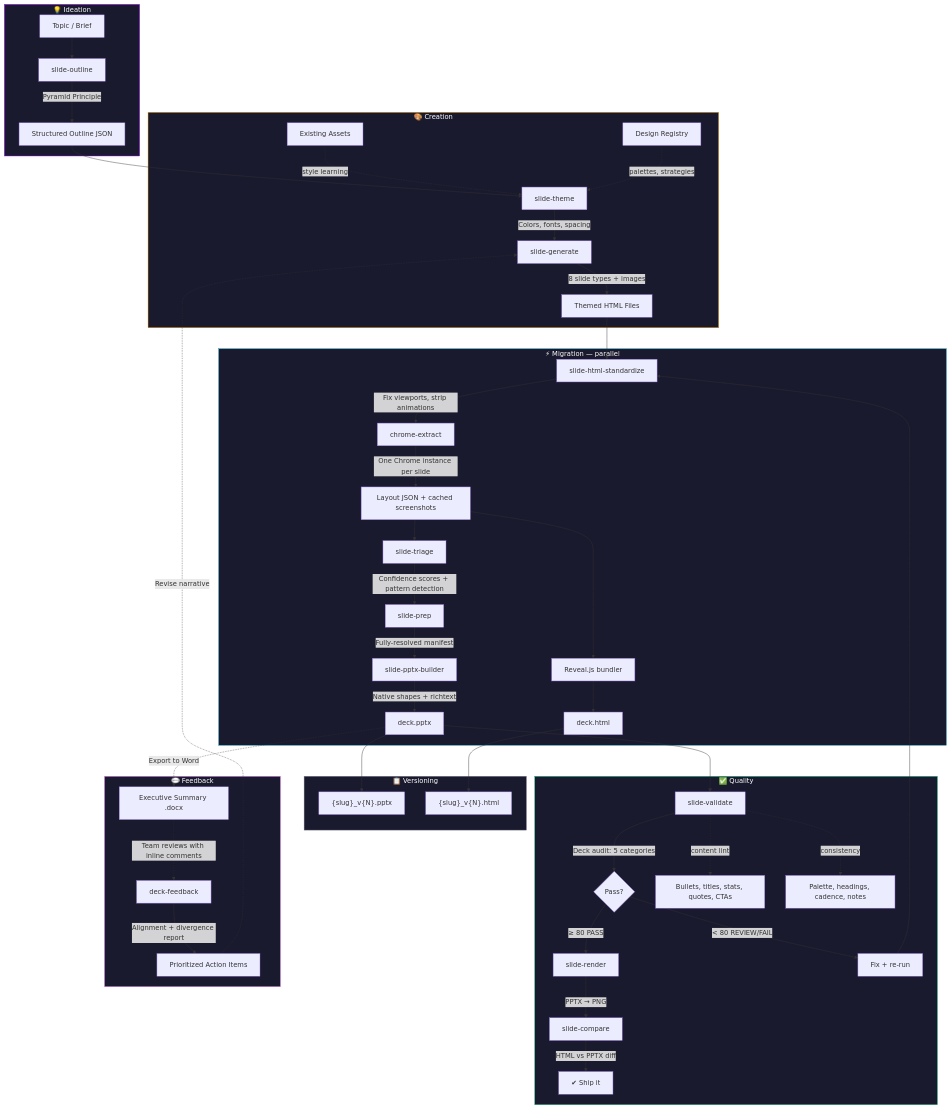
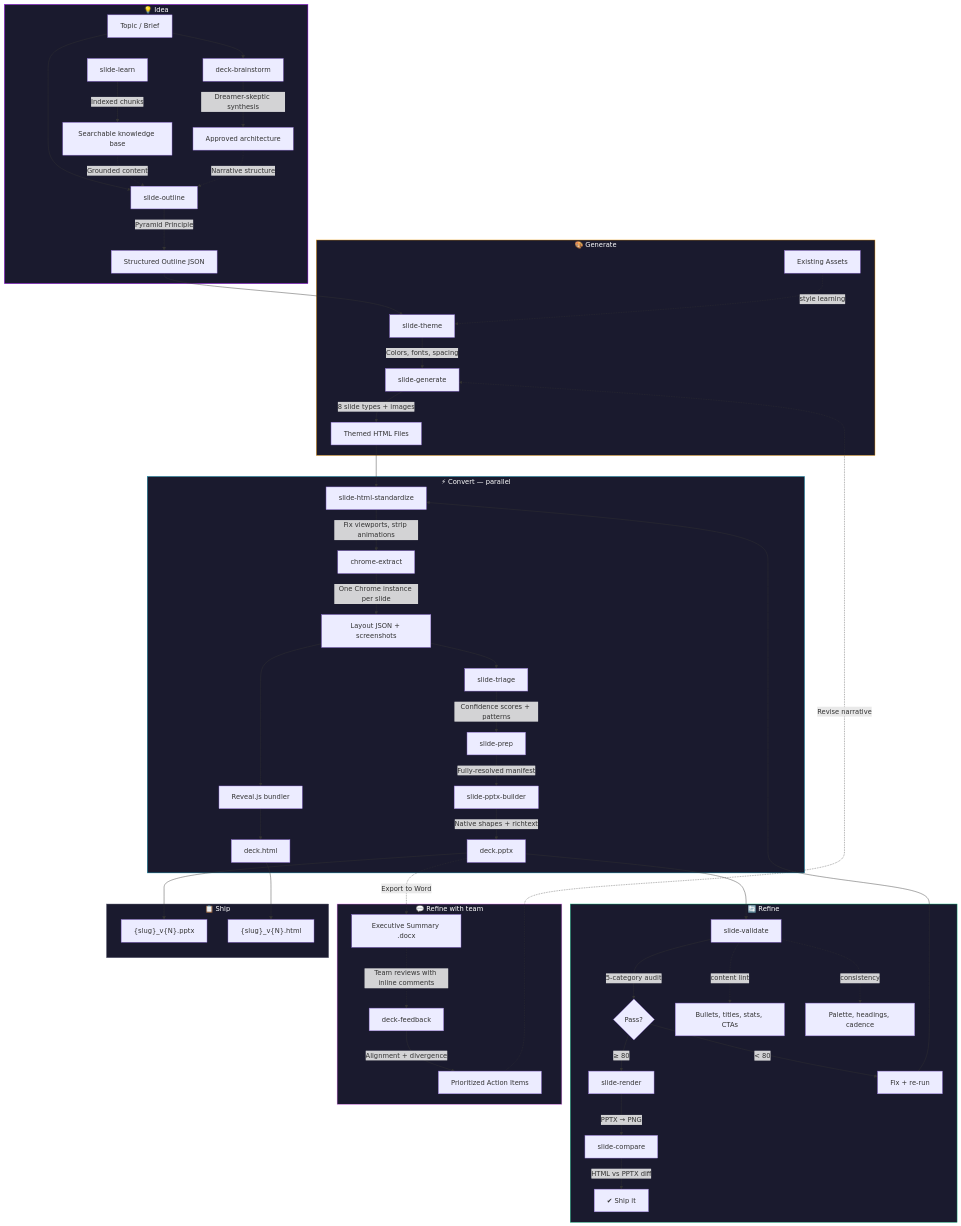
Before and after one commit to mikeparcewski/wicked-prezzie: the diagram in PIPELINE.md, drawn with Mermaid. The commit also changed other lines of this file and 3 other files, not shown here.

````diff
--- a/PIPELINE.md
+++ b/PIPELINE.md
@@ -3,58 +5,62 @@
 ```mermaid
 graph TD
-    subgraph Ideation["💡 Ideation"]
-        A[Topic / Brief] --> B[slide-outline]
-        B -->|Pyramid Principle| C[Structured Outline JSON]
+    subgraph Idea["💡 Idea"]
+        LEARN[slide-learn] -->|Indexed chunks| KNOW[Searchable knowledge base]
+        BRIEF[Topic / Brief] --> BRAIN[deck-brainstorm]
+        BRAIN -->|Dreamer-skeptic synthesis| ARCH[Approved architecture]
+        BRIEF --> OUTLINE[slide-outline]
+        KNOW -.->|Grounded content| OUTLINE
+        ARCH -.->|Narrative structure| OUTLINE
+        OUTLINE -->|Pyramid Principle| OJSON[Structured Outline JSON]
     end
 
-    subgraph Creation["🎨 Creation"]
-        C --> D[slide-theme]
-        D -->|Colors, fonts, spacing| E[slide-generate]
-        E -->|8 slide types + images| F[Themed HTML Files]
-        LEARN[Existing Assets] -.->|style learning| D
-        REGISTRY[Design Registry] -.->|palettes, strategies| D
+    subgraph Generate["🎨 Generate"]
+        OJSON --> THEME[slide-theme]
+        THEME -->|Colors, fonts, spacing| GEN[slide-generate]
+        GEN -->|8 slide types + images| HTML[Themed HTML Files]
+        ASSETS[Existing Assets] -.->|style learning| THEME
     end
 
-    subgraph Migration["⚡ Migration — parallel"]
-        F --> G[slide-html-standardize]
-        G -->|Fix viewports, strip animations| H[chrome-extract]
-        H -->|One Chrome instance per slide| I[Layout JSON + cached screenshots]
-        I --> TRIAGE[slide-triage]
-        TRIAGE -->|Confidence scores + pattern detection| PREP[slide-prep]
-        PREP -->|Fully-resolved manifest| J[slide-pptx-builder]
-        J -->|Native shapes + richtext| K[deck.pptx]
-        I --> REVEAL[Reveal.js bundler]
-        REVEAL --> HTML[deck.html]
+    subgraph Convert["⚡ Convert — parallel"]
+        HTML --> STD[slide-html-standardize]
+        STD -->|Fix viewports, strip animations| EXT[chrome-extract]
+        EXT -->|One Chrome instance per slide| LAYOUT[Layout JSON + screenshots]
+        LAYOUT --> TRIAGE[slide-triage]
+        TRIAGE -->|Confidence scores + patterns| PREP[slide-prep]
+        PREP -->|Fully-resolved manifest| BUILD[slide-pptx-builder]
+        BUILD -->|Native shapes + richtext| PPTX[deck.pptx]
+        LAYOUT --> REVEAL[Reveal.js bundler]
+        REVEAL --> RHTML[deck.html]
     end
 
-    subgraph Quality["✅ Quality"]
-        K --> L[slide-validate]
-        L -->|Deck audit: 5 categories| M{Pass?}
-        M -->|≥ 80 PASS| N[slide-render]
-        M -->|< 80 REVIEW/FAIL| O[Fix + re-run]
-        O --> G
-        N -->|PPTX → PNG| P[slide-compare]
-        P -->|HTML vs PPTX diff| Q[✔ Ship it]
-        L -.->|content lint| LINT[Bullets, titles, stats, quotes, CTAs]
-        L -.->|consistency| CONSIST[Palette, headings, cadence, notes]
+    subgraph Refine["🔄 Refine"]
+        PPTX --> VAL[slide-validate]
+        VAL -->|5-category audit| PASS{Pass?}
+        PASS -->|≥ 80| RENDER[slide-render]
+        PASS -->|< 80| FIX[Fix + re-run]
+        FIX --> STD
+        RENDER -->|PPTX → PNG| COMPARE[slide-compare]
+        COMPARE -->|HTML vs PPTX diff| DONE[✔ Ship it]
+        VAL -.->|content lint| LINT[Bullets, titles, stats, CTAs]
+        VAL -.->|consistency| CONSIST[Palette, headings, cadence]
     end
 
-    subgraph Versioning["📋 Versioning"]
-        K --> VER["{slug}_v{N}.pptx"]
-        HTML --> VER2["{slug}_v{N}.html"]
+    subgraph TeamRefine["💬 Refine with team"]
+        PPTX -.->|Export to Word| WORD[Executive Summary .docx]
+        WORD -.->|Team reviews with inline comments| FEEDBACK[deck-feedback]
+        FEEDBACK -->|Alignment + divergence| ACTIONS[Prioritized Action Items]
+        ACTIONS -.->|Revise narrative| GEN
     end
 
-    style Ideation fill:#1a1a2e,stroke:#a100ff,color:#fff
-    style Creation fill:#1a1a2e,stroke:#f59e0b,color:#fff
-    style Migration fill:#1a1a2e,stroke:#0891b2,color:#fff
-    style Quality fill:#1a1a2e,stroke:#10b981,color:#fff
-    subgraph Feedback["💬 Feedback"]
-        K -.->|Export to Word| WORD[Executive Summary .docx]
-        WORD -.->|Team reviews with inline comments| FB[deck-feedback]
-        FB -->|Alignment + divergence report| ACTIONS[Prioritized Action Items]
-        ACTIONS -.->|Revise narrative| E
+    subgraph Ship["📋 Ship"]
+        PPTX --> VER["{slug}_v{N}.pptx"]
+        RHTML --> VER2["{slug}_v{N}.html"]
     end
 
-    style Feedback fill:#1a1a2e,stroke:#e879f9,color:#fff
-    style Versioning fill:#1a1a2e,stroke:#6b6b80,color:#fff
+    style Idea fill:#1a1a2e,stroke:#a100ff,color:#fff
+    style Generate fill:#1a1a2e,stroke:#f59e0b,color:#fff
+    style Convert fill:#1a1a2e,stroke:#0891b2,color:#fff
+    style Refine fill:#1a1a2e,stroke:#10b981,color:#fff
+    style TeamRefine fill:#1a1a2e,stroke:#e879f9,color:#fff
+    style Ship fill:#1a1a2e,stroke:#6b6b80,color:#fff
 ```
````
